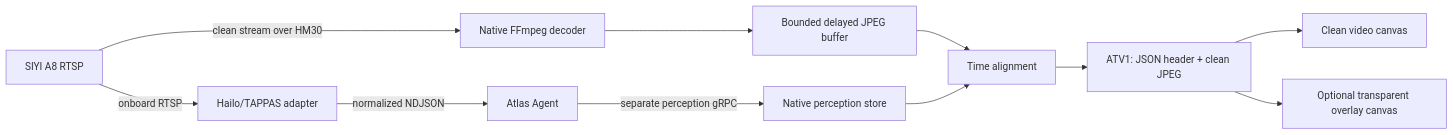
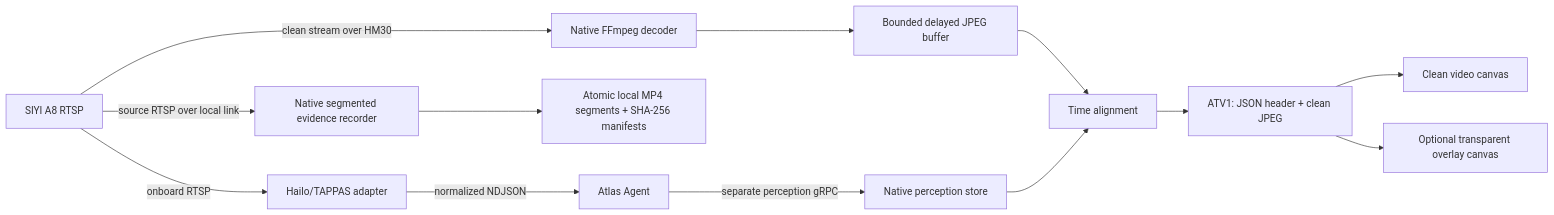
The diagram in docs/video-perception.md (mofe64/atlas), drawn with Mermaid before and after one commit. The commit also changed other lines of this file and 141 other files, not shown here.

````diff
--- a/docs/video-perception.md
+++ b/docs/video-perception.md
@@ -7,17 +7,19 @@
 ```mermaid
 flowchart LR
     Camera["SIYI A8 RTSP"]
 
     Camera -->|"clean stream over HM30"| FFmpeg["Native FFmpeg decoder"]
     FFmpeg --> Buffer["Bounded delayed JPEG buffer"]
+    Camera -->|"source RTSP over local link"| Recorder["Native segmented evidence recorder"]
+    Recorder --> Evidence["Atomic local MP4 segments + SHA-256 manifests"]
 
     Camera -->|"onboard RTSP"| Hailo["Hailo/TAPPAS adapter"]
     Hailo -->|"normalized NDJSON"| Agent["Atlas Agent"]
     Agent -->|"separate perception gRPC"| Store["Native perception store"]
 
     Buffer --> Match["Time alignment"]
     Store --> Match
     Match --> Packet["ATV1: JSON header + clean JPEG"]
     Packet --> VideoCanvas["Clean video canvas"]
     Packet --> OverlayCanvas["Optional transparent overlay canvas"]
 ```
````
